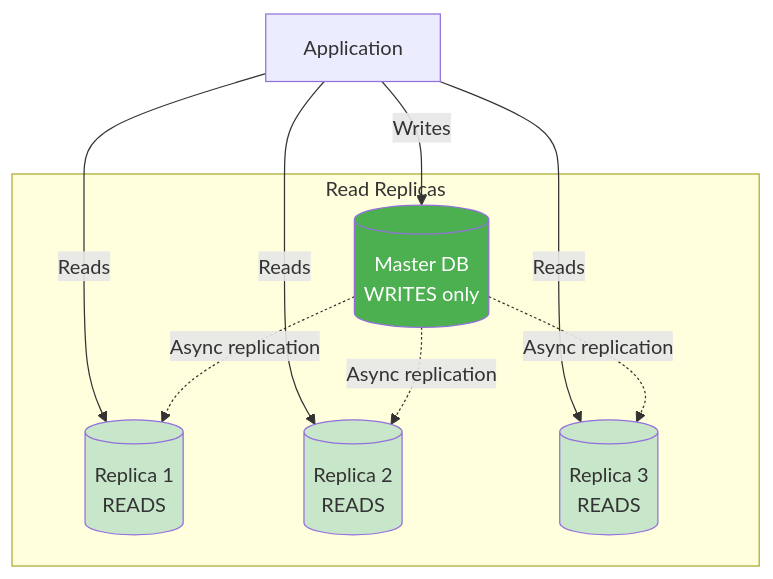
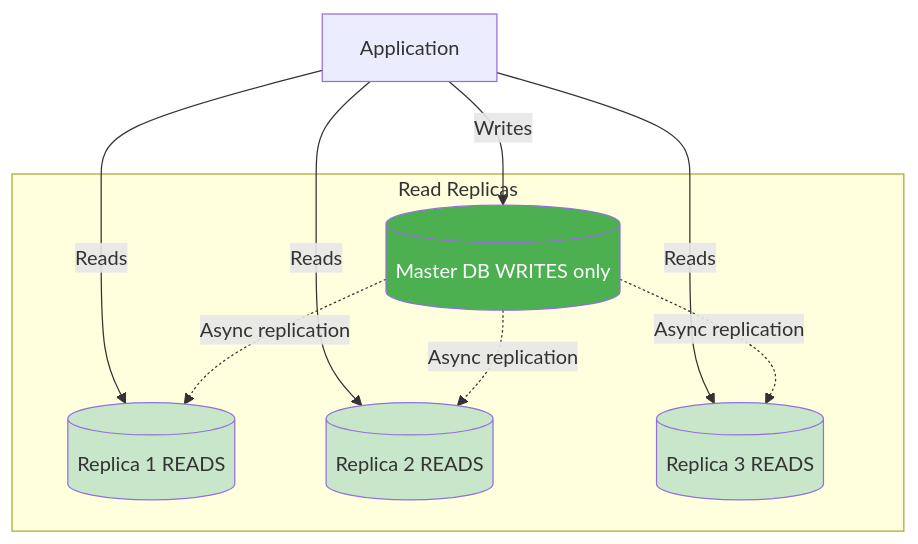
The seventh of 10 diagrams in HLD/foundation/02_databases.md (p1kmr/for-reading), drawn with Mermaid before and after one commit. The commit also changed other lines of this file and 2 other files, not shown here.

Commit message:
Fix Mermaid rendering issues in Databases and Message Queues guides by simplifying complex diagrams

````diff
--- a/HLD/foundation/02_databases.md
+++ b/HLD/foundation/02_databases.md
@@ -392,25 +413,25 @@
 ```mermaid
 graph TB
     App[Application]
 
     subgraph "Read Replicas"
-        Master[(Master DB<br/>WRITES only)]
-        Replica1[(Replica 1<br/>READS)]
-        Replica2[(Replica 2<br/>READS)]
-        Replica3[(Replica 3<br/>READS)]
+        Master[(Master DB WRITES only)]
+        Replica1[(Replica 1 READS)]
+        Replica2[(Replica 2 READS)]
+        Replica3[(Replica 3 READS)]
     end
 
     App -->|Writes| Master
     App -->|Reads| Replica1
     App -->|Reads| Replica2
     App -->|Reads| Replica3
 
     Master -.Async replication.-> Replica1
     Master -.Async replication.-> Replica2
     Master -.Async replication.-> Replica3
 
     style Master fill:#4caf50,color:#fff
     style Replica1 fill:#c8e6c9
     style Replica2 fill:#c8e6c9
     style Replica3 fill:#c8e6c9
 ```
````
